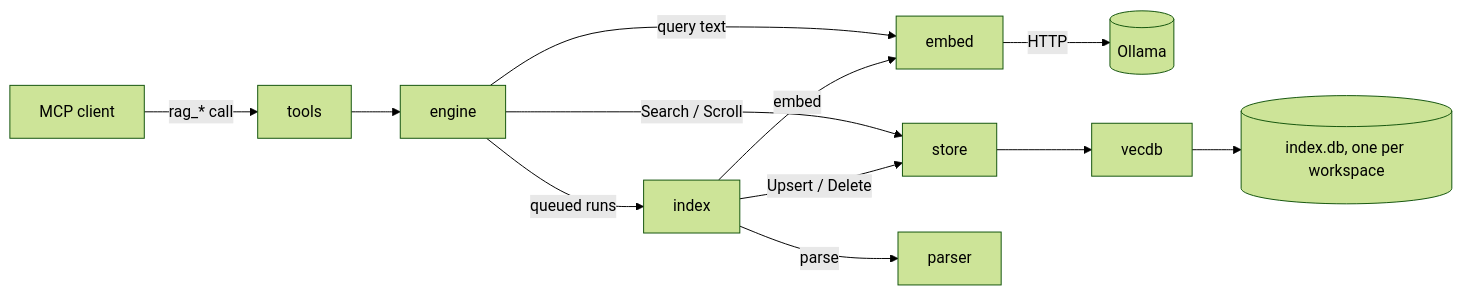
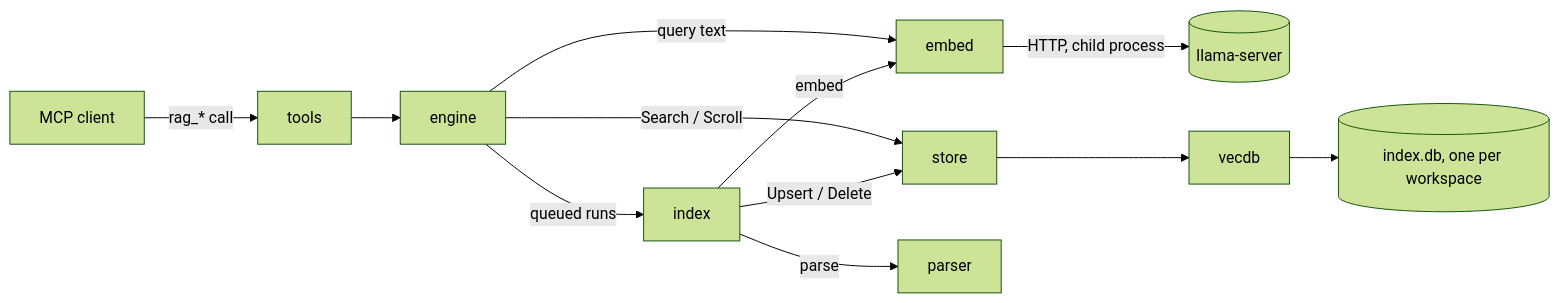
One commit to doITmagic/rag-code-mcp changed the diagram in README.md. Above: the diagram before and after it, drawn with Mermaid (forest theme). The commit also changed other lines of this file and 6 other files, not shown here.

Commit message:
docs: README, CONTRIBUTING, server.json and the release texts describe the local llama.cpp embedder instead of Ollama in Docker

````diff
--- a/README.md
+++ b/README.md
@@ -386,14 +408,14 @@
 ```mermaid
 graph LR
     C[MCP client] -->|rag_* call| T[tools]
     T --> E[engine]
     E -->|query text| EM[embed]
-    EM -->|HTTP| O[(Ollama)]
+    EM -->|HTTP, child process| O[(llama-server)]
     E -->|Search / Scroll| S[store]
     E -->|queued runs| I[index]
     I -->|parse| P[parser]
     I -->|embed| EM
     I -->|Upsert / Delete| S
     S --> V[vecdb]
     V --> D[("index.db, one per workspace")]
 ```
````
